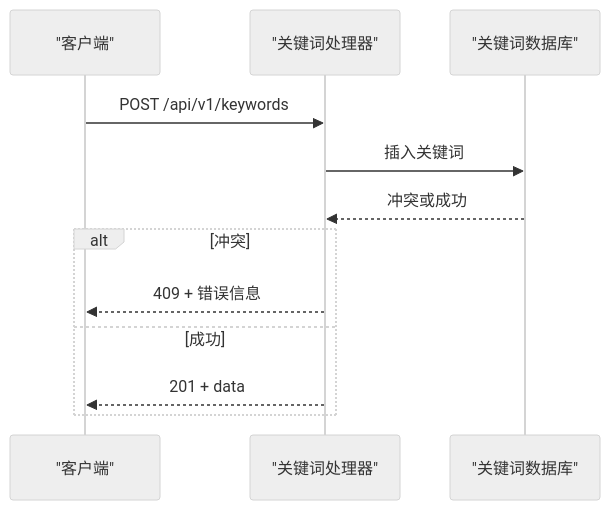
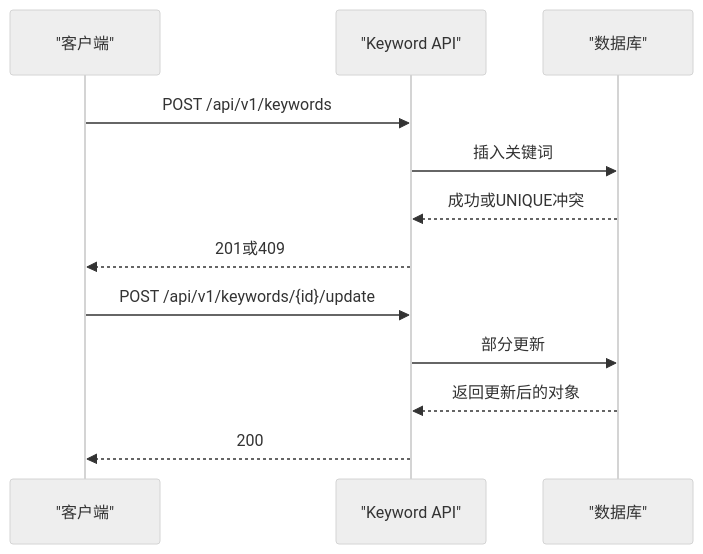
Before and after one commit to leimu-hue/AI-Trend-Tool: the fifth of 7 diagrams in .qoder/repowiki/zh/content/API接口文档/API接口文档.md, drawn with Mermaid (neutral theme). The commit also changed other lines of this file and 118 other files, not shown here.

````diff
--- a/.qoder/repowiki/zh/content/API接口文档/API接口文档.md
+++ b/.qoder/repowiki/zh/content/API接口文档/API接口文档.md
@@ -259,14 +202,14 @@
 ```mermaid
 sequenceDiagram
 participant Client as "客户端"
-participant Handler as "关键词处理器"
-participant DB as "关键词数据库"
-Client->>Handler : POST /api/v1/keywords
-Handler->>DB : 插入关键词
-DB-->>Handler : 冲突或成功
-alt 冲突
-Handler-->>Client : 409 + 错误信息
-else 成功
-Handler-->>Client : 201 + data
-end
+participant API as "Keyword API"
+participant DB as "数据库"
+Client->>API : POST /api/v1/keywords
+API->>DB : 插入关键词
+DB-->>API : 成功或UNIQUE冲突
+API-->>Client : 201或409
+Client->>API : POST /api/v1/keywords/{id}/update
+API->>DB : 部分更新
+DB-->>API : 返回更新后的对象
+API-->>Client : 200
 ```
````
